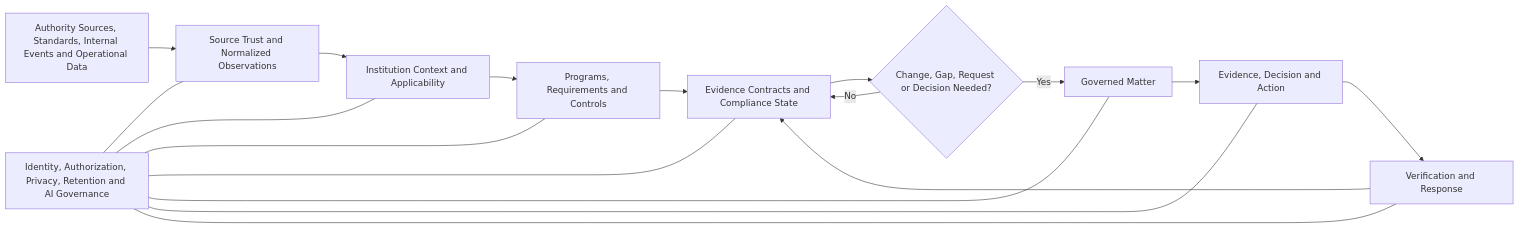
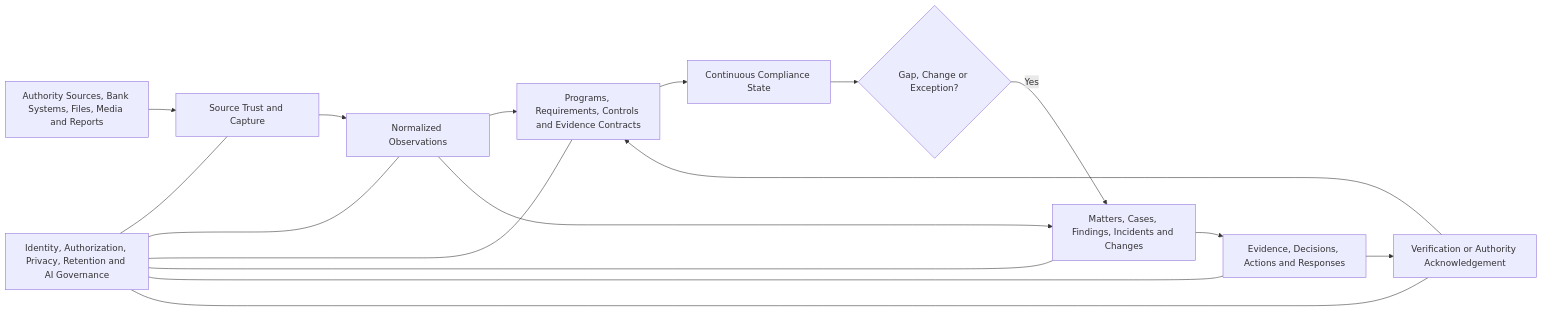
One commit to CloudSpaceLab/clearsight-grc changed the diagram in README.md. Above: the diagram before and after it, drawn with Mermaid. The commit also changed other lines of this file, not shown here.

````diff
--- a/README.md
+++ b/README.md
@@ -496,21 +479,20 @@
 ```mermaid
 flowchart LR
-    A[Authority Sources, Standards, Internal Events and Operational Data] --> B[Source Trust and Normalized Observations]
-    B --> C[Institution Context and Applicability]
-    C --> D[Programs, Requirements and Controls]
-    D --> E[Evidence Contracts and Compliance State]
-    E --> F{Change, Gap, Request or Decision Needed?}
-    F -- No --> E
-    F -- Yes --> G[Governed Matter]
-    G --> H[Evidence, Decision and Action]
-    H --> I[Verification and Response]
-    I --> E
+    A[Authority Sources, Bank Systems, Files, Media and Reports] --> B[Source Trust and Capture]
+    B --> C[Normalized Observations]
+    C --> D[Programs, Requirements, Controls and Evidence Contracts]
+    C --> E[Matters, Cases, Findings, Incidents and Changes]
+    D --> F[Continuous Compliance State]
+    E --> G[Evidence, Decisions, Actions and Responses]
+    F --> H{Gap, Change or Exception?}
+    H -- Yes --> E
+    G --> I[Verification or Authority Acknowledgement]
+    I --> D
 
     J[Identity, Authorization, Privacy, Retention and AI Governance] --- B
     J --- C
     J --- D
     J --- E
     J --- G
-    J --- H
     J --- I
 ```
````
